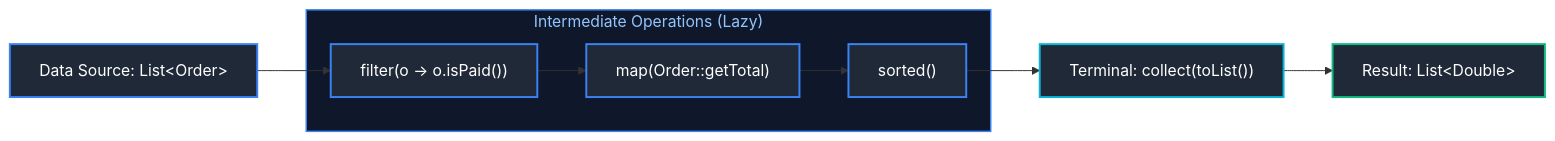
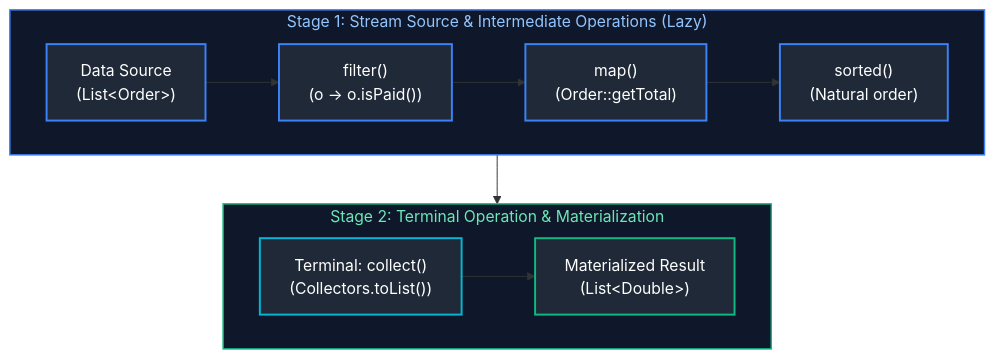
One commit to joydeep-biswas/Interview-Preparation changed the third of 8 diagrams in Java Backend Engineering/03_modern_java_records_sealed_streams_functional.md. Above: the diagram before and after it, drawn with Mermaid. The commit also changed other lines of this file and 76 other files, not shown here.

Commit message:
Updated Charts

````diff
--- a/Java Backend Engineering/03_modern_java_records_sealed_streams_functional.md
+++ b/Java Backend Engineering/03_modern_java_records_sealed_streams_functional.md
@@ -408,23 +409,23 @@
 ```mermaid
-flowchart LR
-    Source["Data Source: List&lt;Order&gt;"] --> F1["filter(o -> o.isPaid())"]
-    F1 --> M1["map(Order::getTotal)"]
-    M1 --> S1["sorted()"]
-    S1 --> T1["Terminal: collect(toList())"]
-    T1 --> Result["Result: List&lt;Double&gt;"]
-
-    subgraph IntermediateOperations["Intermediate Operations (Lazy)"]
-        F1
-        M1
-        S1
+flowchart TD
+    subgraph Stage1 ["Stage 1: Stream Source & Intermediate Operations (Lazy)"]
+        direction LR
+        Source["Data Source<br/>(List&lt;Order&gt;)"] --> F1["filter()<br/>(o -> o.isPaid())"] --> M1["map()<br/>(Order::getTotal)"] --> S1["sorted()<br/>(Natural order)"]
     end
 
-    style IntermediateOperations fill:#0f172a,stroke:#3b82f6,stroke-width:1.5px,color:#93c5fd
+    subgraph Stage2 ["Stage 2: Terminal Operation & Materialization"]
+        direction LR
+        T1["Terminal: collect()<br/>(Collectors.toList())"] --> Result["Materialized Result<br/>(List&lt;Double&gt;)"]
+    end
 
+    Stage1 --> Stage2
+
+    style Stage1 fill:#0f172a,stroke:#3b82f6,stroke-width:1.5px,color:#93c5fd
+    style Stage2 fill:#0f172a,stroke:#10b981,stroke-width:1.5px,color:#6ee7b7
     style Source fill:#1f2937,stroke:#3b82f6,stroke-width:2px,color:#fff
     style F1 fill:#1f2937,stroke:#3b82f6,stroke-width:2px,color:#fff
     style M1 fill:#1f2937,stroke:#3b82f6,stroke-width:2px,color:#fff
     style S1 fill:#1f2937,stroke:#3b82f6,stroke-width:2px,color:#fff
     style T1 fill:#1f2937,stroke:#06b6d4,stroke-width:2px,color:#fff
     style Result fill:#1f2937,stroke:#10b981,stroke-width:2px,color:#fff
 ```
````
